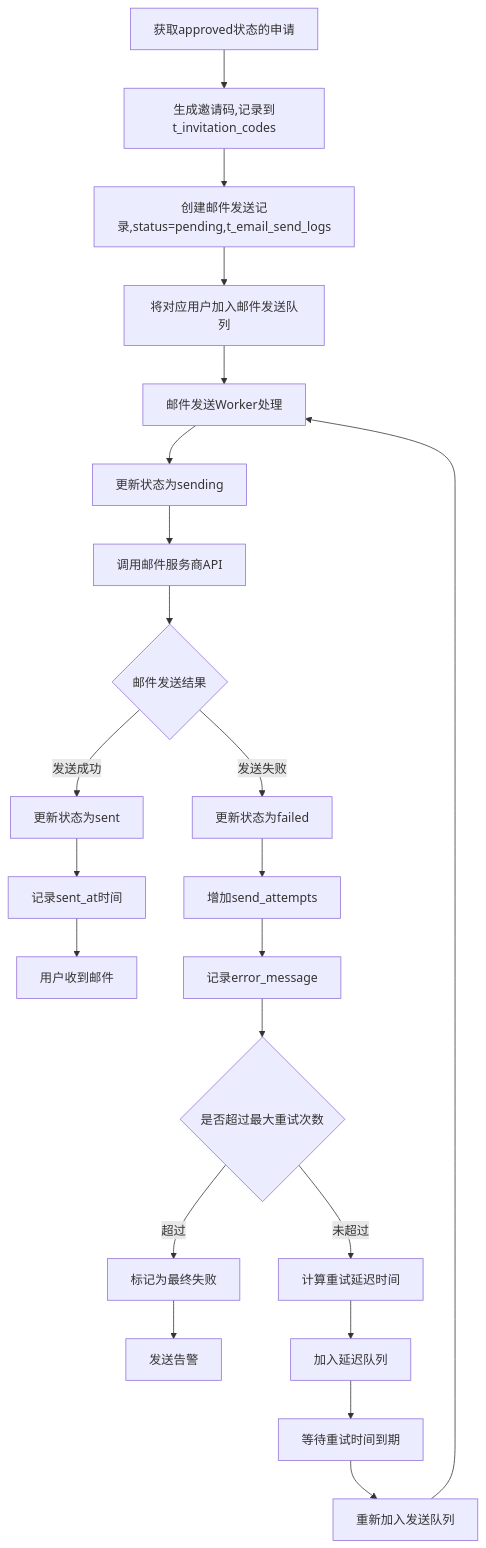
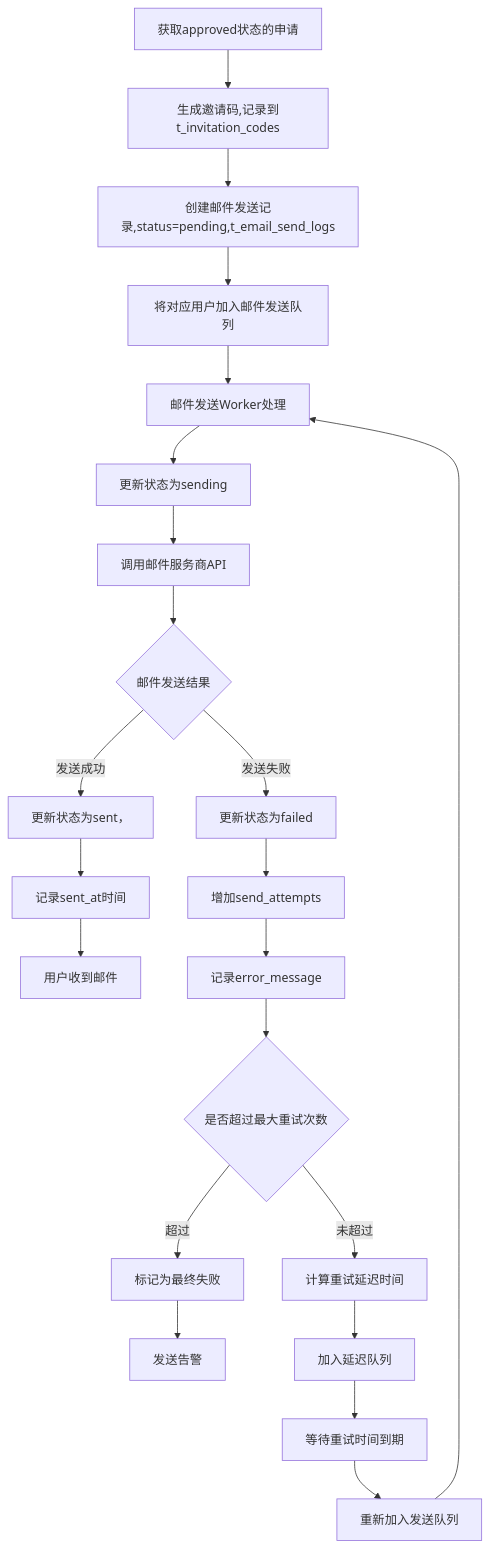
Before and after one commit to yingjianzh/iodraw-files: the diagram in all/未命名-77.md, drawn with Mermaid.

Commit message:
2025-07-08 10:05:56 update

````diff
--- a/all/未命名-77.md
+++ b/all/未命名-77.md
@@ -1,29 +1,29 @@
 ```mermaid
 
 flowchart TD
     A[获取approved状态的申请] --> B[生成邀请码,记录到t_invitation_codes]
     B --> C[创建邮件发送记录,status=pending,t_email_send_logs]
     C --> D[将对应用户加入邮件发送队列]
     
     D --> E[邮件发送Worker处理]
     E --> F[更新状态为sending]
     F --> G[调用邮件服务商API]
     G --> H{邮件发送结果}
     
-    H -->|发送成功| I[更新状态为sent]
+    H -->|发送成功| I[更新状态为sent，]
     I --> J[记录sent_at时间]
     J --> K[用户收到邮件]
     
     H -->|发送失败| L[更新状态为failed]
     L --> M[增加send_attempts]
     M --> N[记录error_message]
     N --> O{是否超过最大重试次数}
     O -->|超过| P[标记为最终失败]
     P --> Q[发送告警]
     O -->|未超过| R[计算重试延迟时间]
     R --> S[加入延迟队列]
     S --> T[等待重试时间到期]
     T --> U[重新加入发送队列]
     U --> E
 
 ```
````
